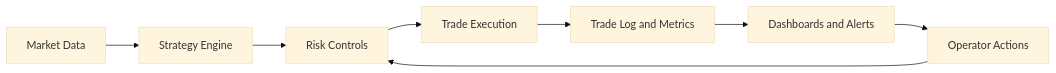
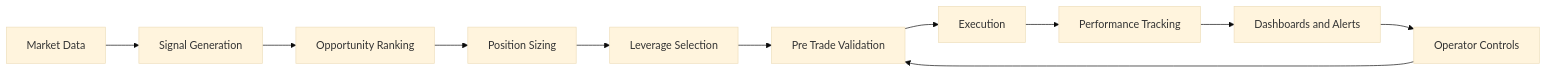
Before and after one commit to hashemselsherif/automated-trading-platform-showcase: the diagram in README.md, drawn with Mermaid (base theme). The commit also changed other lines of this file, not shown here.

Commit message:
docs: highlight system diagram summary

````diff
--- a/README.md
+++ b/README.md
@@ -29,10 +38,13 @@
 ```mermaid
 flowchart LR
-  A[Market Data] --> B[Strategy Engine]
-  B --> C[Risk Controls]
-  C --> D[Trade Execution]
-  D --> E[Trade Log and Metrics]
-  E --> F[Dashboards and Alerts]
-  F --> G[Operator Actions]
-  G --> C
+  A[Market Data] --> B[Signal Generation]
+  B --> C[Opportunity Ranking]
+  C --> D[Position Sizing]
+  D --> E[Leverage Selection]
+  E --> F[Pre Trade Validation]
+  F --> G[Execution]
+  G --> H[Performance Tracking]
+  H --> I[Dashboards and Alerts]
+  I --> J[Operator Controls]
+  J --> F
 ```
````
